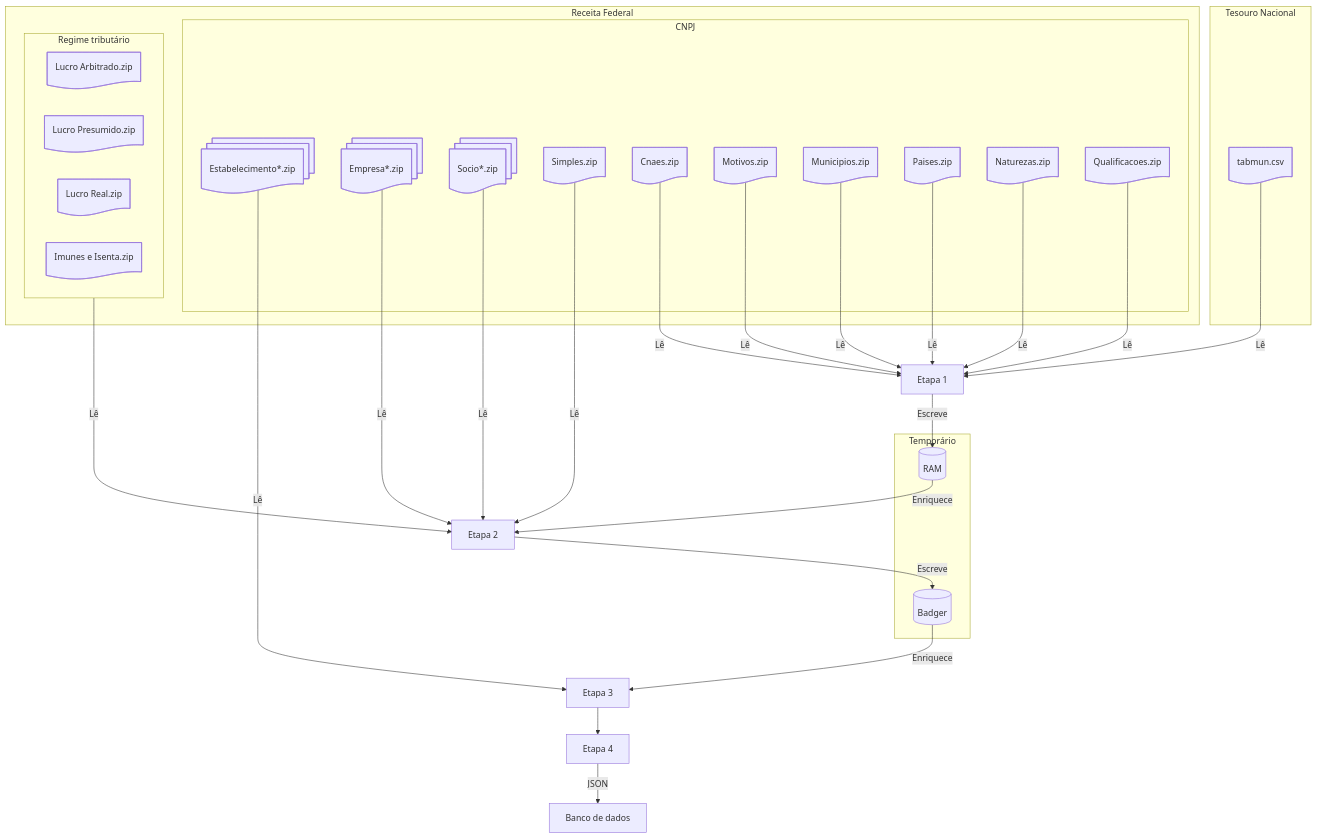
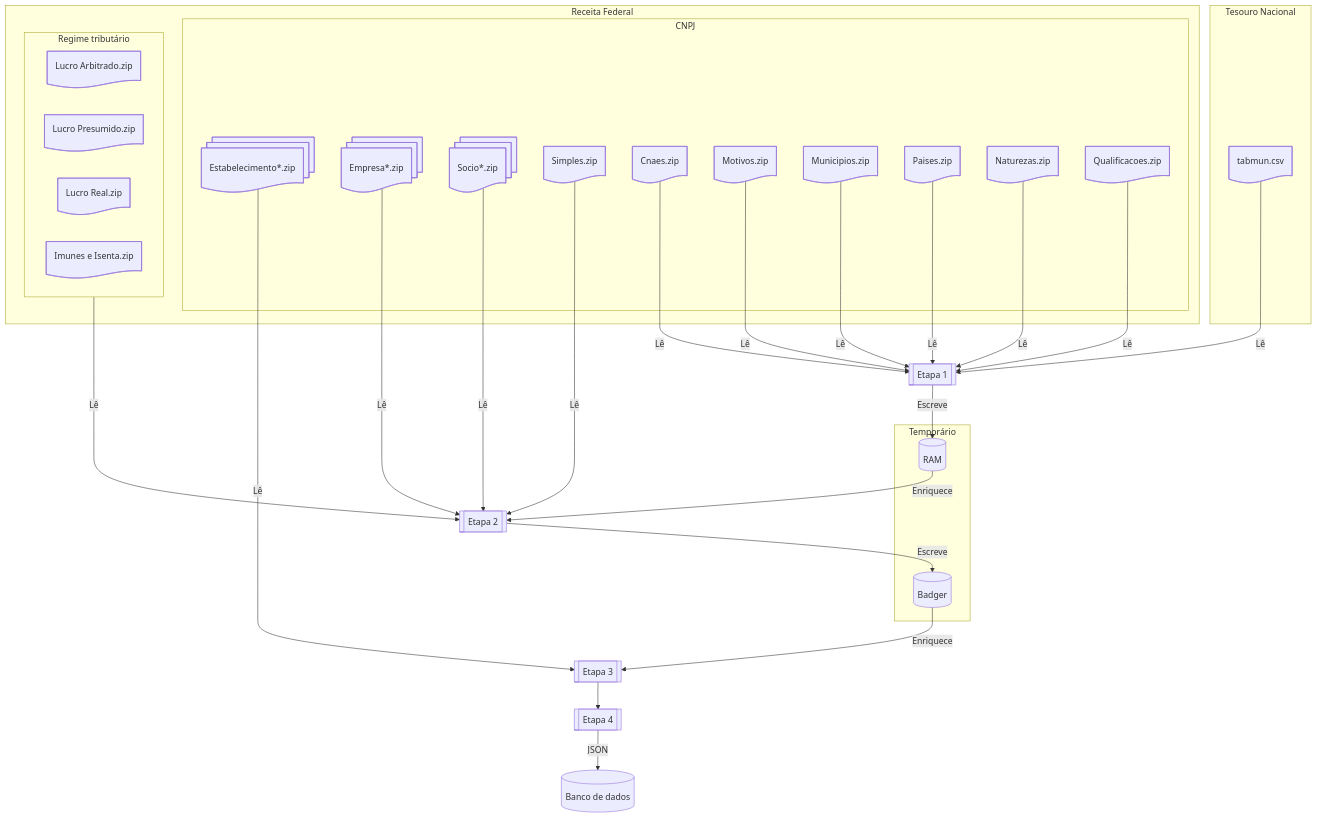
Before and after one commit to cuducos/minha-receita: the diagram in docs/contributing/etl.md, drawn with Mermaid.

Commit message:
Adjusts shapes in ETL docs

````diff
--- a/docs/contributing/etl.md
+++ b/docs/contributing/etl.md
@@ -48,64 +48,64 @@
 ```mermaid
 flowchart
     subgraph RFB ["Receita Federal"]
         subgraph D ["CNPJ"]
             Est@{ shape: docs, label: "Estabelecimento*.zip"}
             Emp@{ shape: docs, label: "Empresa*.zip"}
             Soc@{ shape: docs, label: "Socio*.zip"}
             Sim@{ shape: doc, label: "Simples.zip"}
             Cna@{ shape: doc, label: "Cnaes.zip"}
             Mot@{ shape: doc, label: "Motivos.zip"}
             Mun@{ shape: doc, label: "Municipios.zip"}
             Pai@{ shape: doc, label: "Paises.zip"}
             Nat@{ shape: doc, label: "Naturezas.zip"}
             Qua@{ shape: doc, label: "Qualificacoes.zip"}
         end
         subgraph RT ["Regime tributário"]
             LuA@{ shape: doc, label: "Lucro Arbitrado.zip"}
             LuP@{ shape: doc, label: "Lucro Presumido.zip"}
             LuR@{ shape: doc, label: "Lucro Real.zip"}
             IeI@{ shape: doc, label: "Imunes e Isenta.zip"}
         end
     end
 
     subgraph T ["Tesouro Nacional"]
         Tab@{ shape: doc, label: "tabmun.csv"}
     end
 
     subgraph TMP ["Temporário"]
       Mem@{ shape: db, label: "RAM" }
       Bad@{ shape: db, label: "Badger" }
     end
 
-    ETL1["Etapa 1"]
-    ETL2["Etapa 2"]
-    ETL3["Etapa 3"]
-    ETL4["Etapa 4"]
-    DB["Banco de dados"]
+    ETL1@{ shape: subproc, label: "Etapa 1" }
+    ETL2@{ shape: subproc, label: "Etapa 2" }
+    ETL3@{ shape: subproc, label: "Etapa 3" }
+    ETL4@{ shape: subproc, label: "Etapa 4" }
+    DB@{ shape: db, label: "Banco de dados" }
 
     Cna -->|Lê| ETL1
     Mot -->|Lê| ETL1
     Mun -->|Lê| ETL1
     Pai -->|Lê| ETL1
     Nat -->|Lê| ETL1
     Qua -->|Lê| ETL1
     Tab -->|Lê| ETL1
 
     ETL1 -->|Escreve| Mem
 
 
     Emp -->|Lê| ETL2
     Sim -->|Lê| ETL2
     Soc -->|Lê| ETL2
     RT  -->|Lê| ETL2
     Mem -->|Enriquece| ETL2
 
     ETL2 -->|Escreve| Bad
 
     Est -->|Lê| ETL3
     Bad -->|Enriquece| ETL3
 
     ETL3 --> ETL4
 
     ETL4 -->|JSON| DB
 ```
````
